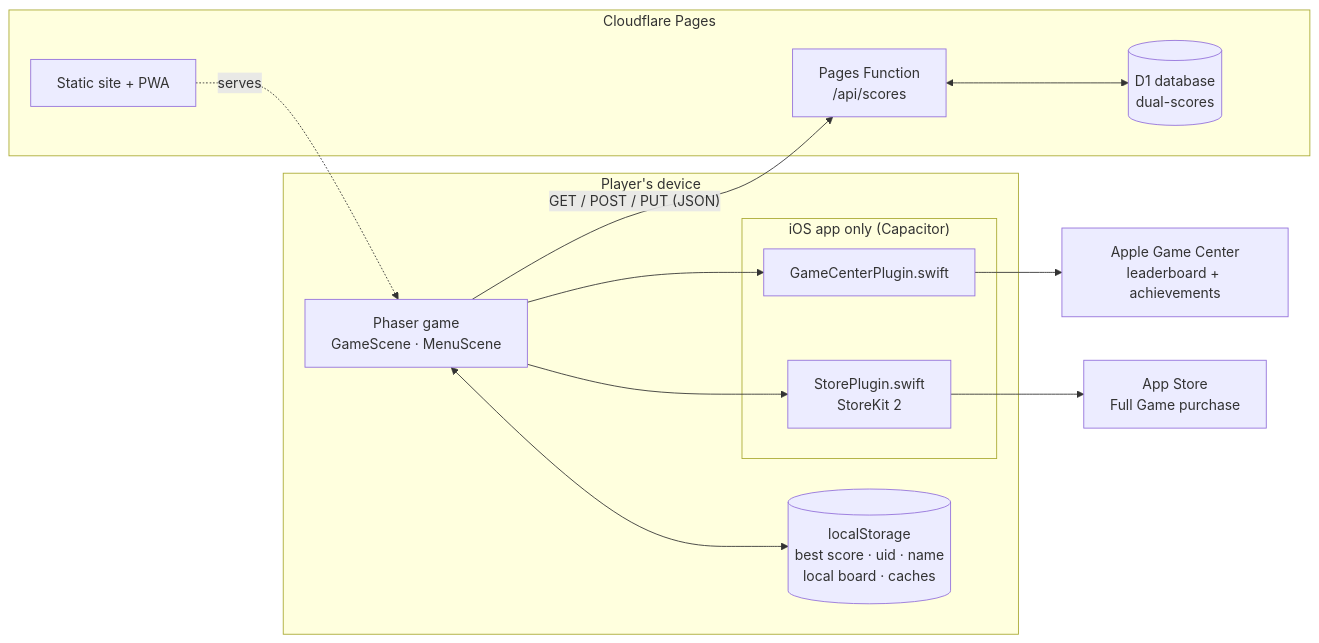
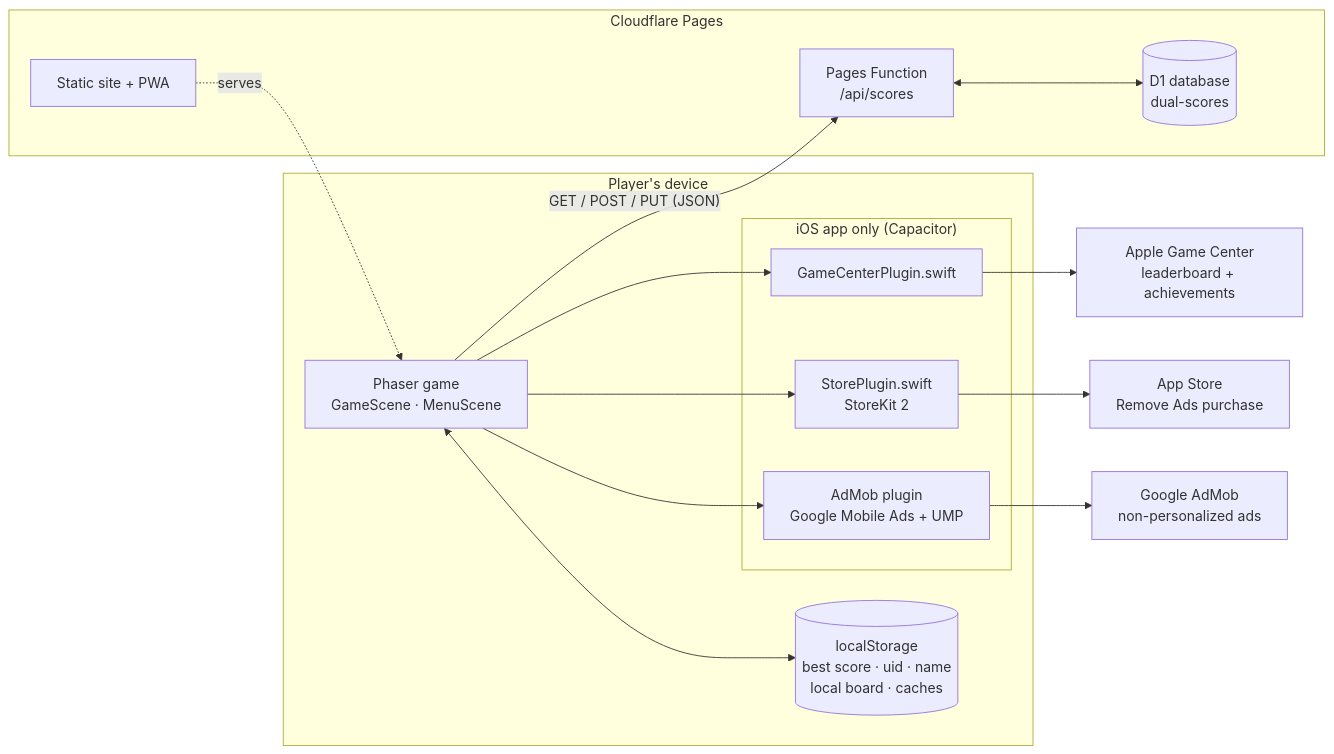
The first of 6 diagrams in README.md (depthark/dual-game), drawn with Mermaid before and after one commit. The commit also changed other lines of this file and 17 other files, not shown here.

````diff
--- a/README.md
+++ b/README.md
@@ -40,25 +40,28 @@
 ```mermaid
 flowchart LR
   subgraph Device["Player's device"]
     Game["Phaser game<br/>GameScene · MenuScene"]
     LS[("localStorage<br/>best score · uid · name<br/>local board · caches")]
     subgraph iOS["iOS app only (Capacitor)"]
       GCP["GameCenterPlugin.swift"]
       SP["StorePlugin.swift<br/>StoreKit 2"]
+      AM["AdMob plugin<br/>Google Mobile Ads + UMP"]
     end
   end
   subgraph CF["Cloudflare Pages"]
     Site["Static site + PWA"]
     Fn["Pages Function<br/>/api/scores"]
     D1[("D1 database<br/>dual-scores")]
   end
   GC["Apple Game Center<br/>leaderboard + achievements"]
-  AS["App Store<br/>Full Game purchase"]
+  AS["App Store<br/>Remove Ads purchase"]
+  GA["Google AdMob<br/>non-personalized ads"]
 
   Game <--> LS
   Game -- "GET / POST / PUT (JSON)" --> Fn
   Fn <--> D1
   Site -. serves .-> Game
   Game --> GCP --> GC
   Game --> SP --> AS
+  Game --> AM --> GA
 ```
````
